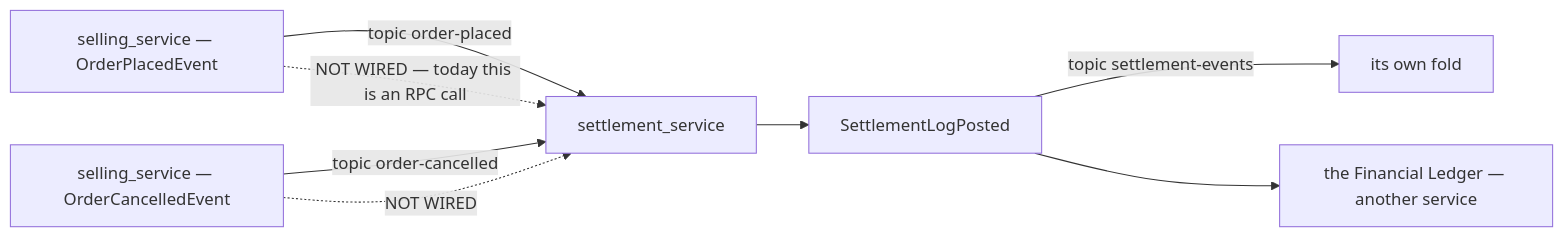
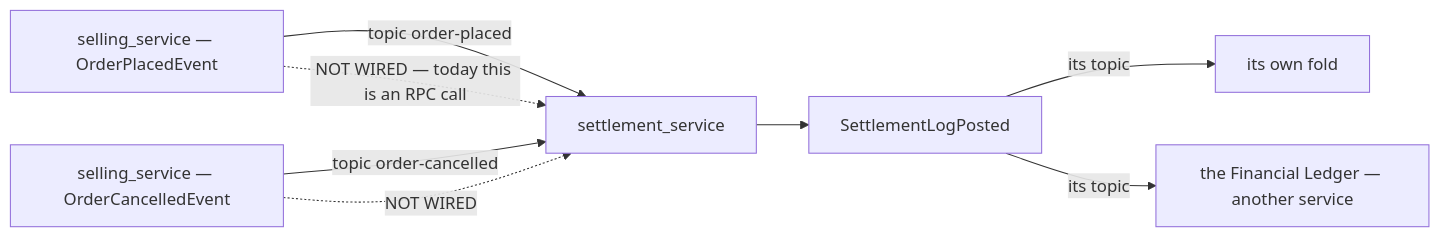
Before and after one commit to pdcgo/warehouse_revamp: the tenth of 19 diagrams in docs/business/settlement/context_clarify.md, drawn with Mermaid. The commit also changed 10 other files, not shown here.

Commit message:
godok event architecture

````diff
--- a/docs/business/settlement/context_clarify.md
+++ b/docs/business/settlement/context_clarify.md
@@ -900,10 +900,10 @@
 ```mermaid
 flowchart LR
   OP["selling_service — OrderPlacedEvent"] -->|"topic order-placed"| S["settlement_service"]
   OC["selling_service — OrderCancelledEvent"] -->|"topic order-cancelled"| S
   S --> SE["SettlementLogPosted"]
-  SE -->|"topic settlement-events"| F["its own fold"]
-  SE --> FL["the Financial Ledger — another service"]
+  SE -->|"its topic"| F["its own fold"]
+  SE -->|"its topic"| FL["the Financial Ledger — another service"]
   OP -.->|"NOT WIRED — today this is an RPC call"| S
   OC -.->|"NOT WIRED"| S
 ```
````
